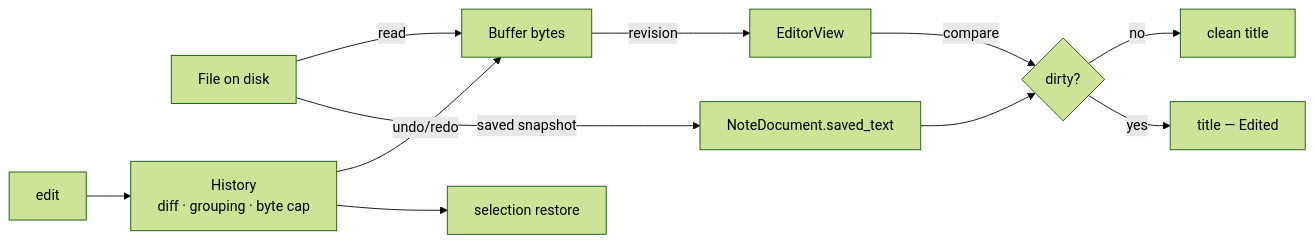
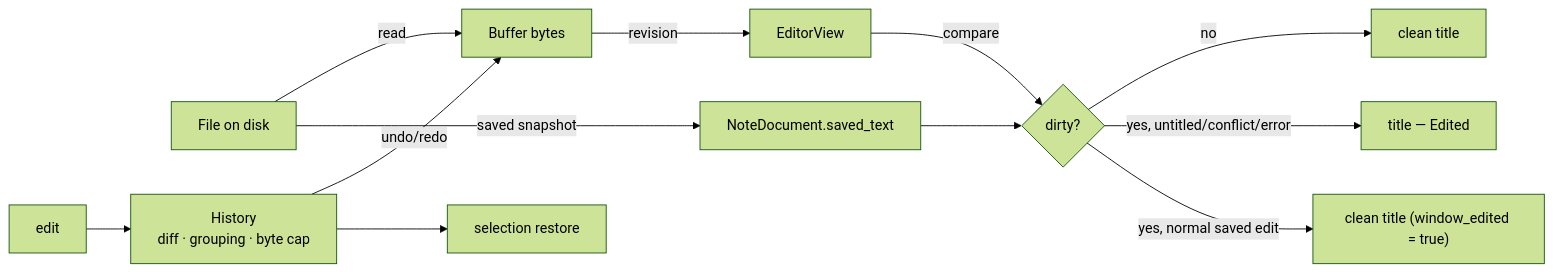
The fourth of 7 diagrams in docs/ARCHITECTURE-GPUI.md (amscotti/pilcrow), drawn with Mermaid (forest theme) before and after one commit. The commit also changed other lines of this file and 33 other files, not shown here.

````diff
--- a/docs/ARCHITECTURE-GPUI.md
+++ b/docs/ARCHITECTURE-GPUI.md
@@ -165,13 +165,14 @@
 ```mermaid
 flowchart LR
     disk["File on disk"] -->|read| buffer["Buffer bytes"]
     buffer -->|revision| editor["EditorView"]
     disk -->|saved snapshot| document["NoteDocument.saved_text"]
     editor -->|compare| dirty{"dirty?"}
     document --> dirty
     dirty -->|no| clean["clean title"]
-    dirty -->|yes| edited["title — Edited"]
+    dirty -->|yes, untitled/conflict/error| edited["title — Edited"]
+    dirty -->|yes, normal saved edit| quiet["clean title (window_edited = true)"]
     edit["edit"] --> history["History<br/>diff · grouping · byte cap"]
     history -->|undo/redo| buffer
     history --> history_meta["selection restore"]
 ```
````
